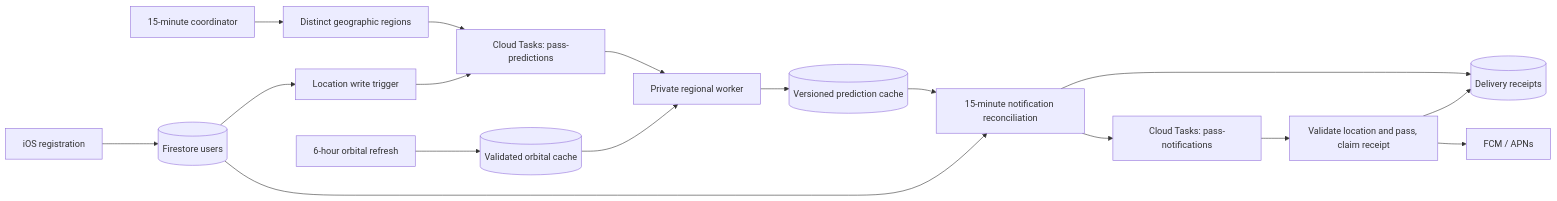
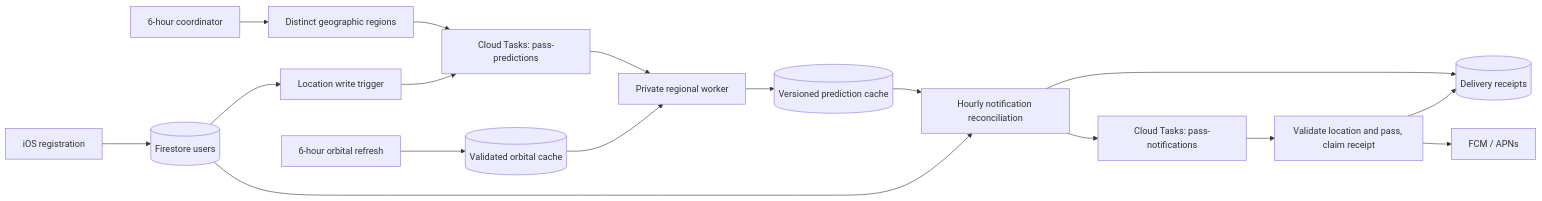
The diagram in pass-prediction/ARCHITECTURE.md (DJBen/SatelliteForecast), drawn with Mermaid before and after one commit. The commit also changed other lines of this file and 15 other files, not shown here.

````diff
--- a/pass-prediction/ARCHITECTURE.md
+++ b/pass-prediction/ARCHITECTURE.md
@@ -5,19 +5,19 @@
 ```mermaid
 flowchart LR
     App[iOS registration] --> Users[(Firestore users)]
     Users --> Location[Location write trigger]
-    Clock[15-minute coordinator] --> Regions[Distinct geographic regions]
+    Clock[6-hour coordinator] --> Regions[Distinct geographic regions]
     Regions --> Queue[Cloud Tasks: pass-predictions]
     Location --> Queue
     Queue --> Worker[Private regional worker]
     Orbit[6-hour orbital refresh] --> TLE[(Validated orbital cache)]
     TLE --> Worker
     Worker --> Predictions[(Versioned prediction cache)]
-    Predictions --> Scheduler[15-minute notification reconciliation]
+    Predictions --> Scheduler[Hourly notification reconciliation]
     Users --> Scheduler
     Scheduler --> Receipts[(Delivery receipts)]
     Scheduler --> Alerts[Cloud Tasks: pass-notifications]
     Alerts --> Delivery[Validate location and pass, claim receipt]
     Delivery --> FCM[FCM / APNs]
     Delivery --> Receipts
 ```
````
